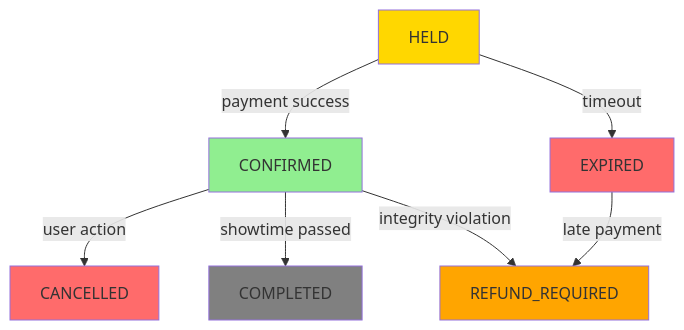
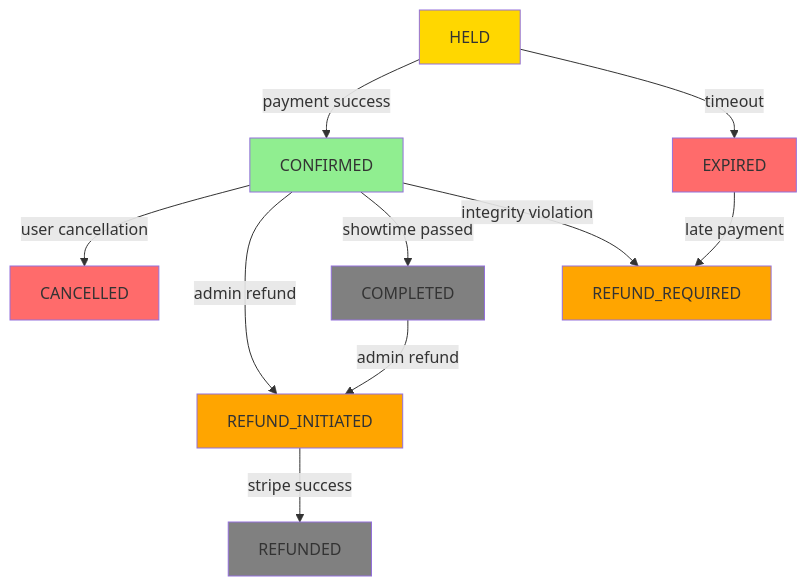
Before and after one commit to ankitkr-04/ticket-ledger: the second of 4 diagrams in docs/architecture/02_lifecycle_states.md, drawn with Mermaid. The commit also changed other lines of this file and 4 other files, not shown here.

````diff
--- a/docs/architecture/02_lifecycle_states.md
+++ b/docs/architecture/02_lifecycle_states.md
@@ -129,16 +179,21 @@
 ```mermaid
 graph TD
     H[HELD] -->|payment success| C[CONFIRMED]
     H -->|timeout| E[EXPIRED]
-    C -->|user action| CA[CANCELLED]
+    C -->|user cancellation| CA[CANCELLED]
+    C -->|admin refund| RI[REFUND_INITIATED]
+    RI -->|stripe success| RF[REFUNDED]
     C -->|showtime passed| CO[COMPLETED]
-    E -->|late payment| R[REFUND_REQUIRED]
-    C -->|integrity violation| R
+    CO -->|admin refund| RI
+    E -->|late payment| RR[REFUND_REQUIRED]
+    C -->|integrity violation| RR
     
     style H fill:#FFD700
     style C fill:#90EE90
     style E fill:#FF6B6B
     style CA fill:#FF6B6B
+    style RI fill:#FFA500
+    style RF fill:#808080
     style CO fill:#808080
-    style R fill:#FFA500
+    style RR fill:#FFA500
 ```
````
